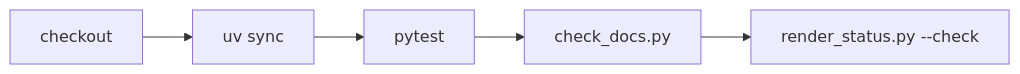
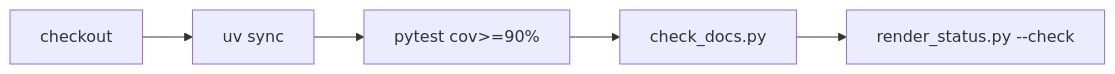
The diagram in .github/workflows/README.md (witzbeck/mtg-loop-engine), drawn with Mermaid before and after one commit. The commit also changed other lines of this file and 8 other files, not shown here.

````diff
--- a/.github/workflows/README.md
+++ b/.github/workflows/README.md
@@ -11,7 +11,7 @@
 ```mermaid
 graph LR;
   checkout[checkout] --> uv[uv sync];
-  uv --> pytest[pytest];
+  uv --> pytest[pytest cov>=90%];
   pytest --> checkDocs[check_docs.py];
   checkDocs --> status[render_status.py --check];
 ```
````
